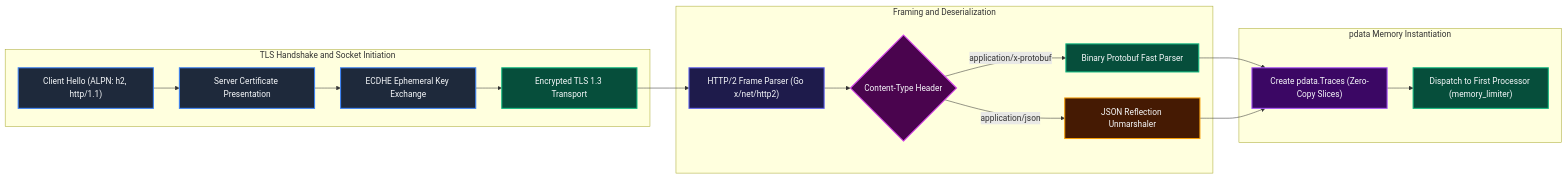
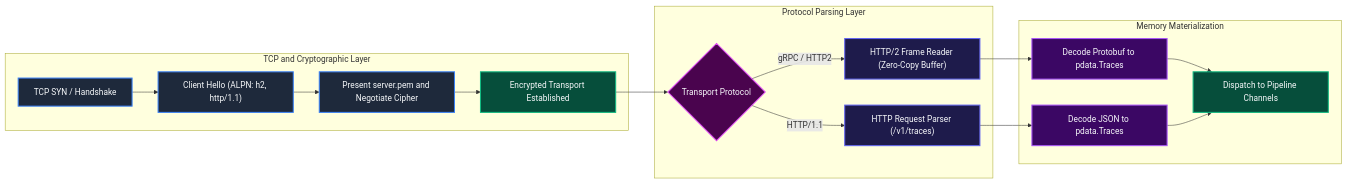
One commit to Chief-Strategist-J/llm-obs-infra changed the fourth of 22 diagrams in docs/configDoc/otel-collector-configuration-guide.md. Above: the diagram before and after it, drawn with Mermaid. The commit also changed other lines of this file, not shown here.

````diff
--- a/docs/configDoc/otel-collector-configuration-guide.md
+++ b/docs/configDoc/otel-collector-configuration-guide.md
@@ -479,32 +704,32 @@
 ```mermaid
 graph LR
-    subgraph HandshakePhase ["TLS Handshake and Socket Initiation"]
-        ClientHello["Client Hello (ALPN: h2, http/1.1)"] --> CertValidation["Server Certificate Presentation"]
-        CertValidation --> SessionKey["ECDHE Ephemeral Key Exchange"]
-        SessionKey --> EstablishedSocket["Encrypted TLS 1.3 Transport"]
+    subgraph SocketEstablishment ["TCP and Cryptographic Layer"]
+        SYN["TCP SYN / Handshake"] --> TLSHello["Client Hello (ALPN: h2, http/1.1)"]
+        TLSHello --> ServerCert["Present server.pem and Negotiate Cipher"]
+        ServerCert --> EncryptedStream["Encrypted Transport Established"]
     end
 
-    subgraph StreamDemux ["Framing and Deserialization"]
-        EstablishedSocket --> HTTP2Framer["HTTP/2 Frame Parser (Go x/net/http2)"]
-        HTTP2Framer --> ContentTypeCheck{"Content-Type Header"}
-        ContentTypeCheck -->|application/x-protobuf| ProtoFastPath["Binary Protobuf Fast Parser"]
-        ContentTypeCheck -->|application/json| JSONSlowPath["JSON Reflection Unmarshaler"]
+    subgraph ProtocolDecoding ["Protocol Parsing Layer"]
+        EncryptedStream --> StreamDetect{"Transport Protocol"}
+        StreamDetect -->|gRPC / HTTP2| H2Framer["HTTP/2 Frame Reader (Zero-Copy Buffer)"]
+        StreamDetect -->|HTTP/1.1| RESTParser["HTTP Request Parser (/v1/traces)"]
     end
 
-    subgraph InternalAllocation ["pdata Memory Instantiation"]
-        ProtoFastPath --> PdataGen["Create pdata.Traces (Zero-Copy Slices)"]
-        JSONSlowPath --> PdataGen
-        PdataGen --> ForwardNext["Dispatch to First Processor (memory_limiter)"]
+    subgraph MemoryMapping ["Memory Materialization"]
+        H2Framer --> ProtoDecode["Decode Protobuf to pdata.Traces"]
+        RESTParser --> JSONDecode["Decode JSON to pdata.Traces"]
+        ProtoDecode --> DispatchPipe["Dispatch to Pipeline Channels"]
+        JSONDecode --> DispatchPipe
     end
 
-    style ClientHello fill:#1e293b,stroke:#3b82f6,stroke-width:2px,color:#f8fafc
-    style CertValidation fill:#1e293b,stroke:#3b82f6,stroke-width:2px,color:#f8fafc
-    style SessionKey fill:#1e293b,stroke:#3b82f6,stroke-width:2px,color:#f8fafc
-    style EstablishedSocket fill:#064e3b,stroke:#10b981,stroke-width:2px,color:#f8fafc
-    style HTTP2Framer fill:#1e1b4b,stroke:#6366f1,stroke-width:2px,color:#f8fafc
-    style ContentTypeCheck fill:#4a044e,stroke:#d946ef,stroke-width:2px,color:#f8fafc
-    style ProtoFastPath fill:#064e3b,stroke:#10b981,stroke-width:2px,color:#f8fafc
-    style JSONSlowPath fill:#451a03,stroke:#f59e0b,stroke-width:2px,color:#f8fafc
-    style PdataGen fill:#3b0764,stroke:#a855f7,stroke-width:2px,color:#f8fafc
-    style ForwardNext fill:#064e3b,stroke:#10b981,stroke-width:2px,color:#f8fafc
+    style SYN fill:#1e293b,stroke:#3b82f6,stroke-width:2px,color:#f8fafc
+    style TLSHello fill:#1e293b,stroke:#3b82f6,stroke-width:2px,color:#f8fafc
+    style ServerCert fill:#1e293b,stroke:#3b82f6,stroke-width:2px,color:#f8fafc
+    style EncryptedStream fill:#064e3b,stroke:#10b981,stroke-width:2px,color:#f8fafc
+    style StreamDetect fill:#4a044e,stroke:#d946ef,stroke-width:2px,color:#f8fafc
+    style H2Framer fill:#1e1b4b,stroke:#6366f1,stroke-width:2px,color:#f8fafc
+    style RESTParser fill:#1e1b4b,stroke:#6366f1,stroke-width:2px,color:#f8fafc
+    style ProtoDecode fill:#3b0764,stroke:#a855f7,stroke-width:2px,color:#f8fafc
+    style JSONDecode fill:#3b0764,stroke:#a855f7,stroke-width:2px,color:#f8fafc
+    style DispatchPipe fill:#064e3b,stroke:#10b981,stroke-width:2px,color:#f8fafc
 ```
````
